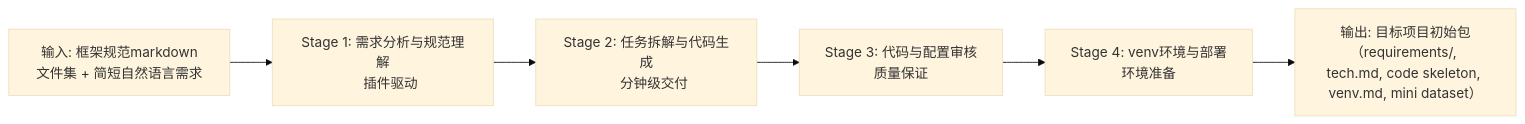
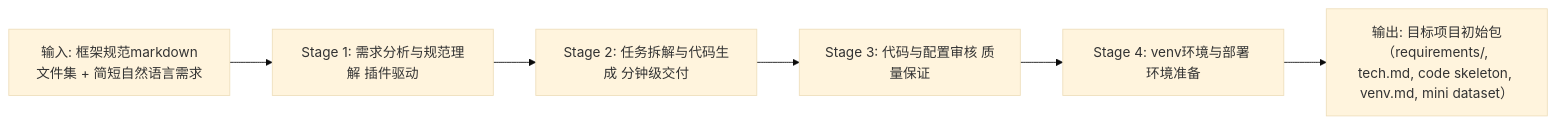
The first of 15 diagrams in README.md (ouyangshixiong/context-engineering-zh), drawn with Mermaid (base theme) before and after one commit. The commit also changed other lines of this file, not shown here.

Commit message:
修复mermaid格式错误

````diff
--- a/README.md
+++ b/README.md
@@ -168,15 +168,11 @@
 ```mermaid
 flowchart LR
-    S1[Stage 1: 需求分析与规范理解
-    插件驱动]
-    S2[Stage 2: 任务拆解与代码生成
-    分钟级交付]
-    S3[Stage 3: 代码与配置审核
-    质量保证]
-    S4[Stage 4: venv环境与部署
-    环境准备]
+    S1[Stage 1: 需求分析与规范理解 插件驱动]
+    S2[Stage 2: 任务拆解与代码生成 分钟级交付]
+    S3[Stage 3: 代码与配置审核 质量保证]
+    S4[Stage 4: venv环境与部署 环境准备]
     IN[输入: 框架规范markdown文件集 + 简短自然语言需求]
     OUT[输出: 目标项目初始包（requirements/, tech.md, code skeleton, venv.md, mini dataset）]
 
     IN --> S1 --> S2 --> S3 --> S4 --> OUT
 ```
````
